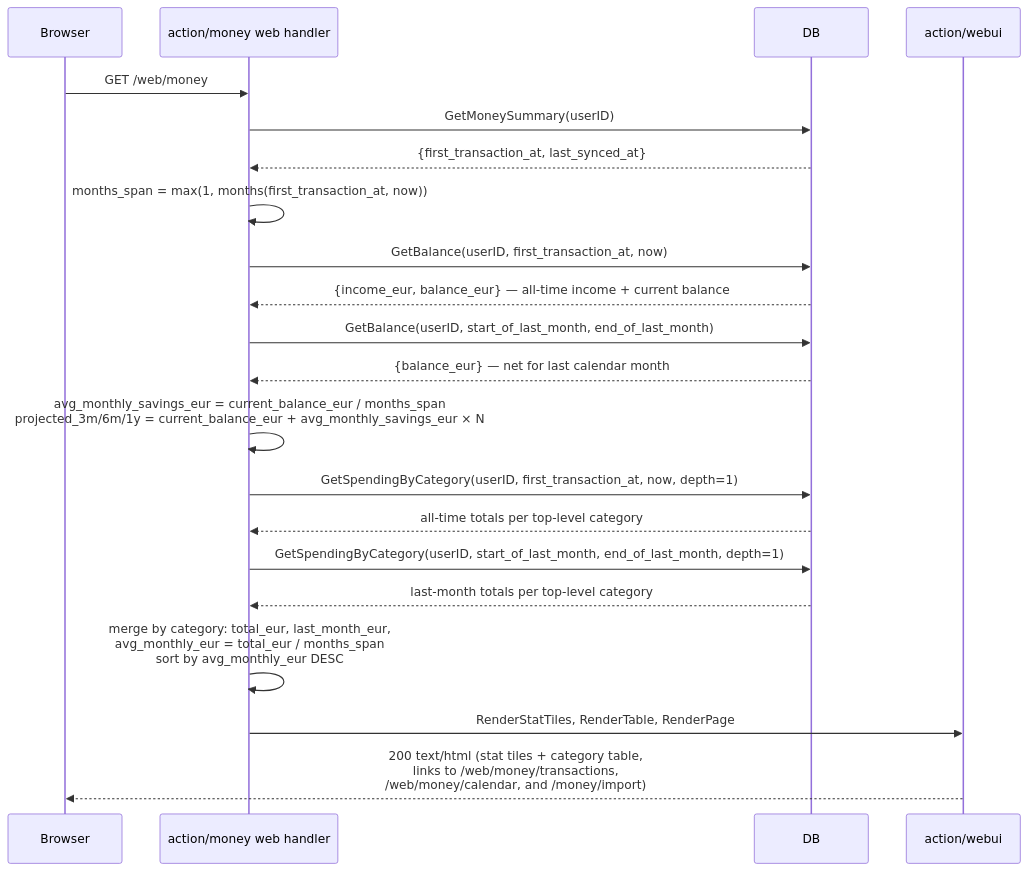
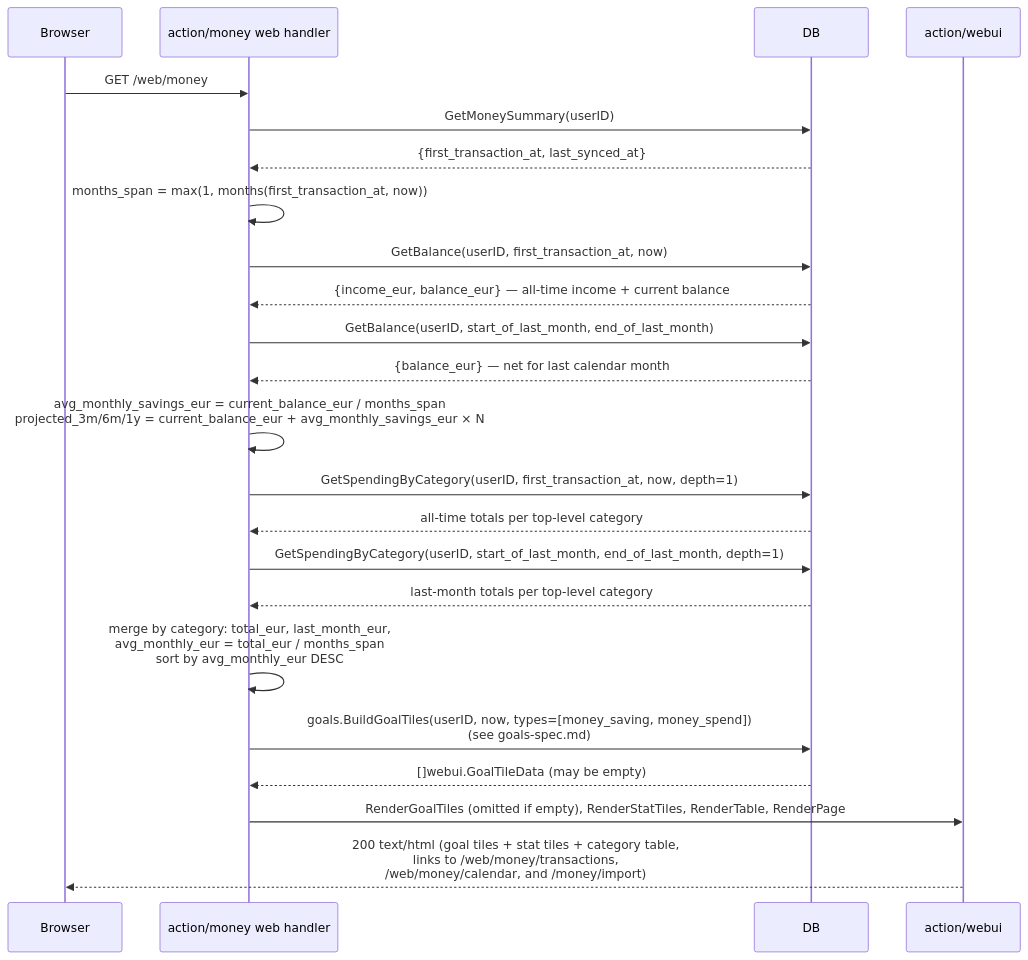
One commit to rusinikita/personal changed the seventh of 10 diagrams in docs/functions/money-spec.md. Above: the diagram before and after it, drawn with Mermaid. The commit also changed other lines of this file and 5 other files, not shown here.

First line of the commit message:
docs: add Goals feature spec (Stage 1)

````diff
--- a/docs/functions/money-spec.md
+++ b/docs/functions/money-spec.md
@@ -205,28 +187,31 @@
 ```mermaid
 sequenceDiagram
     participant Browser
     participant Handler as action/money web handler
     participant DB
     participant Webui as action/webui
 
     Browser->>Handler: GET /web/money
     Handler->>DB: GetMoneySummary(userID)
     DB-->>Handler: {first_transaction_at, last_synced_at}
     Handler->>Handler: months_span = max(1, months(first_transaction_at, now))
 
     Handler->>DB: GetBalance(userID, first_transaction_at, now)
     DB-->>Handler: {income_eur, balance_eur} — all-time income + current balance
     Handler->>DB: GetBalance(userID, start_of_last_month, end_of_last_month)
     DB-->>Handler: {balance_eur} — net for last calendar month
 
     Handler->>Handler: avg_monthly_savings_eur = current_balance_eur / months_span<br/>projected_3m/6m/1y = current_balance_eur + avg_monthly_savings_eur × N
 
     Handler->>DB: GetSpendingByCategory(userID, first_transaction_at, now, depth=1)
     DB-->>Handler: all-time totals per top-level category
     Handler->>DB: GetSpendingByCategory(userID, start_of_last_month, end_of_last_month, depth=1)
     DB-->>Handler: last-month totals per top-level category
     Handler->>Handler: merge by category: total_eur, last_month_eur,<br/>avg_monthly_eur = total_eur / months_span<br/>sort by avg_monthly_eur DESC
 
-    Handler->>Webui: RenderStatTiles, RenderTable, RenderPage
-    Webui-->>Browser: 200 text/html (stat tiles + category table,<br/>links to /web/money/transactions,<br/>/web/money/calendar, and /money/import)
+    Handler->>DB: goals.BuildGoalTiles(userID, now, types=[money_saving, money_spend])<br/>(see goals-spec.md)
+    DB-->>Handler: []webui.GoalTileData (may be empty)
+
+    Handler->>Webui: RenderGoalTiles (omitted if empty), RenderStatTiles, RenderTable, RenderPage
+    Webui-->>Browser: 200 text/html (goal tiles + stat tiles + category table,<br/>links to /web/money/transactions,<br/>/web/money/calendar, and /money/import)
 ```
````
